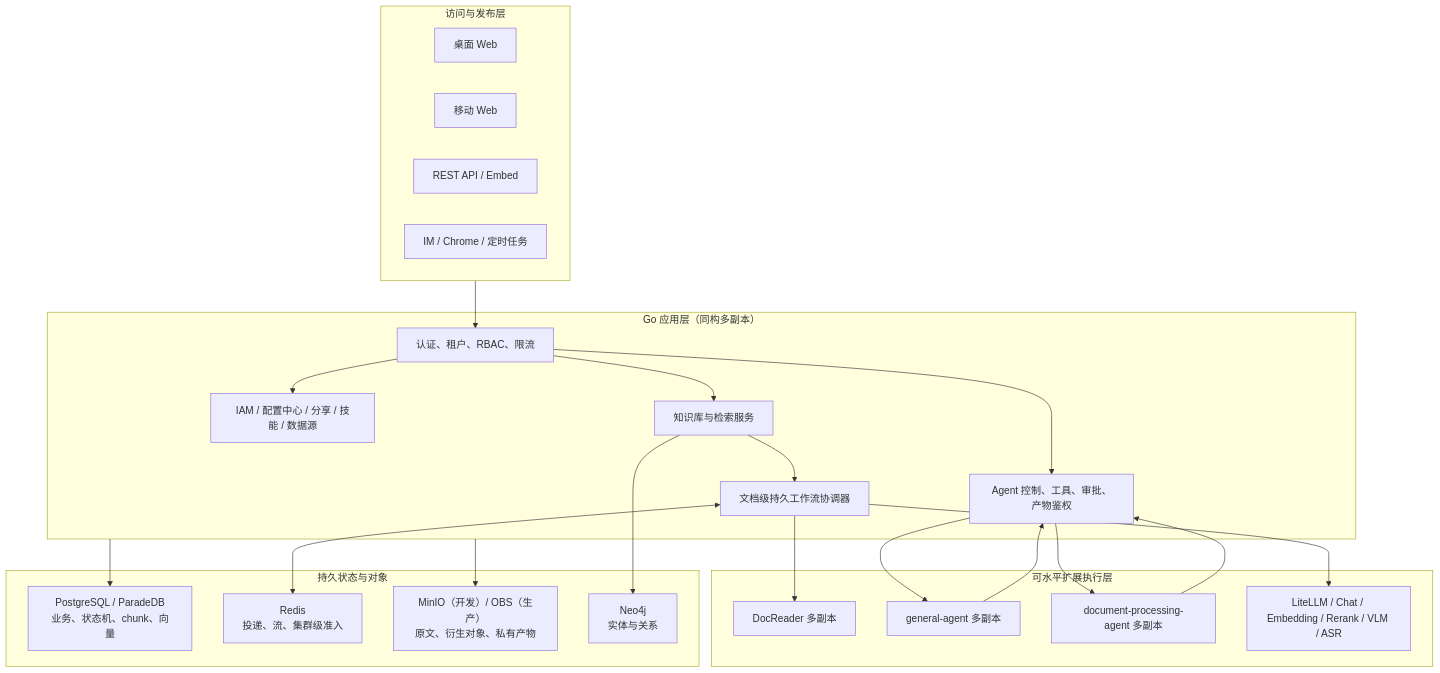
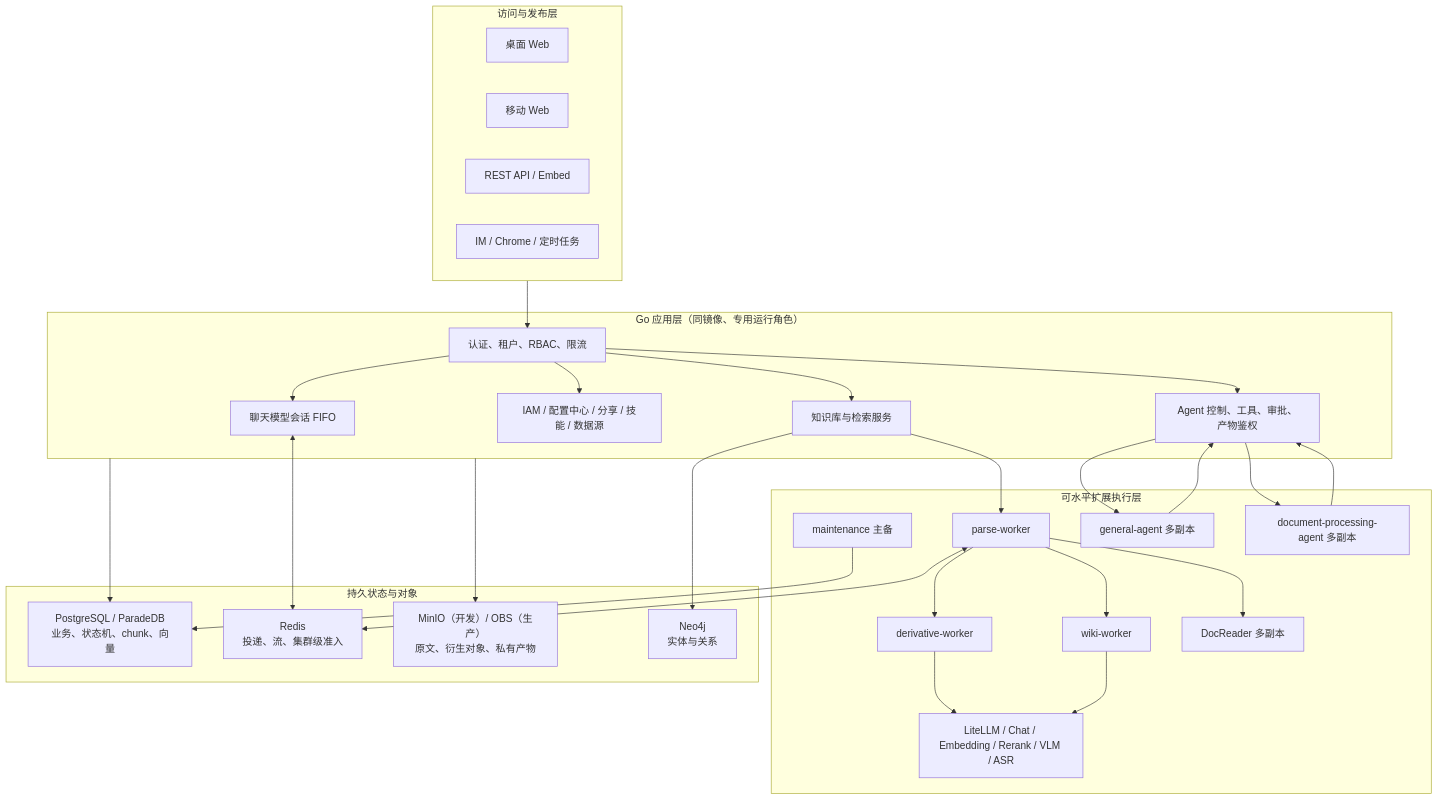
Before and after one commit to Meaninles/wekno: the first of 3 diagrams in docs/custom/当前实现架构与文档索引.md, drawn with Mermaid. The commit also changed other lines of this file and 37 other files, not shown here.

````diff
--- a/docs/custom/当前实现架构与文档索引.md
+++ b/docs/custom/当前实现架构与文档索引.md
@@ -39,47 +41,57 @@
 ```mermaid
 flowchart TB
     subgraph Entry["访问与发布层"]
         Web["桌面 Web"]
         Mobile["移动 Web"]
         API["REST API / Embed"]
         IM["IM / Chrome / 定时任务"]
     end
 
-    subgraph App["Go 应用层（同构多副本）"]
+    subgraph App["Go 应用层（同镜像、专用运行角色）"]
         Gateway["认证、租户、RBAC、限流"]
         Knowledge["知识库与检索服务"]
-        Queue["文档级持久工作流协调器"]
+        ChatQueue["聊天模型会话 FIFO"]
         AgentControl["Agent 控制、工具、审批、产物鉴权"]
         Enterprise["IAM / 配置中心 / 分享 / 技能 / 数据源"]
     end
 
     subgraph Workers["可水平扩展执行层"]
+        ParseWorker["parse-worker"]
+        DerivativeWorker["derivative-worker"]
+        WikiWorker["wiki-worker"]
+        Maintenance["maintenance 主备"]
         DocReader["DocReader 多副本"]
         GeneralAgent["general-agent 多副本"]
         DocAgent["document-processing-agent 多副本"]
         Models["LiteLLM / Chat / Embedding / Rerank / VLM / ASR"]
     end
 
     subgraph State["持久状态与对象"]
         PG["PostgreSQL / ParadeDB\n业务、状态机、chunk、向量"]
         Redis["Redis\n投递、流、集群级准入"]
         Object["MinIO（开发）/ OBS（生产）\n原文、衍生对象、私有产物"]
         Neo4j["Neo4j\n实体与关系"]
     end
 
     Entry --> Gateway
     Gateway --> Knowledge
+    Gateway --> ChatQueue
     Gateway --> AgentControl
     Gateway --> Enterprise
-    Knowledge --> Queue
-    Queue --> DocReader
-    Queue --> Models
+    Knowledge --> ParseWorker
+    ParseWorker --> DocReader
+    ParseWorker --> DerivativeWorker
+    DerivativeWorker --> Models
+    ParseWorker --> WikiWorker
+    WikiWorker --> Models
+    Maintenance --> PG
     AgentControl --> GeneralAgent
     AgentControl --> DocAgent
     GeneralAgent --> AgentControl
     DocAgent --> AgentControl
     App --> PG
-    Queue <--> Redis
+    ChatQueue <--> Redis
+    ParseWorker <--> Redis
     App --> Object
     Knowledge --> Neo4j
 ```
````
